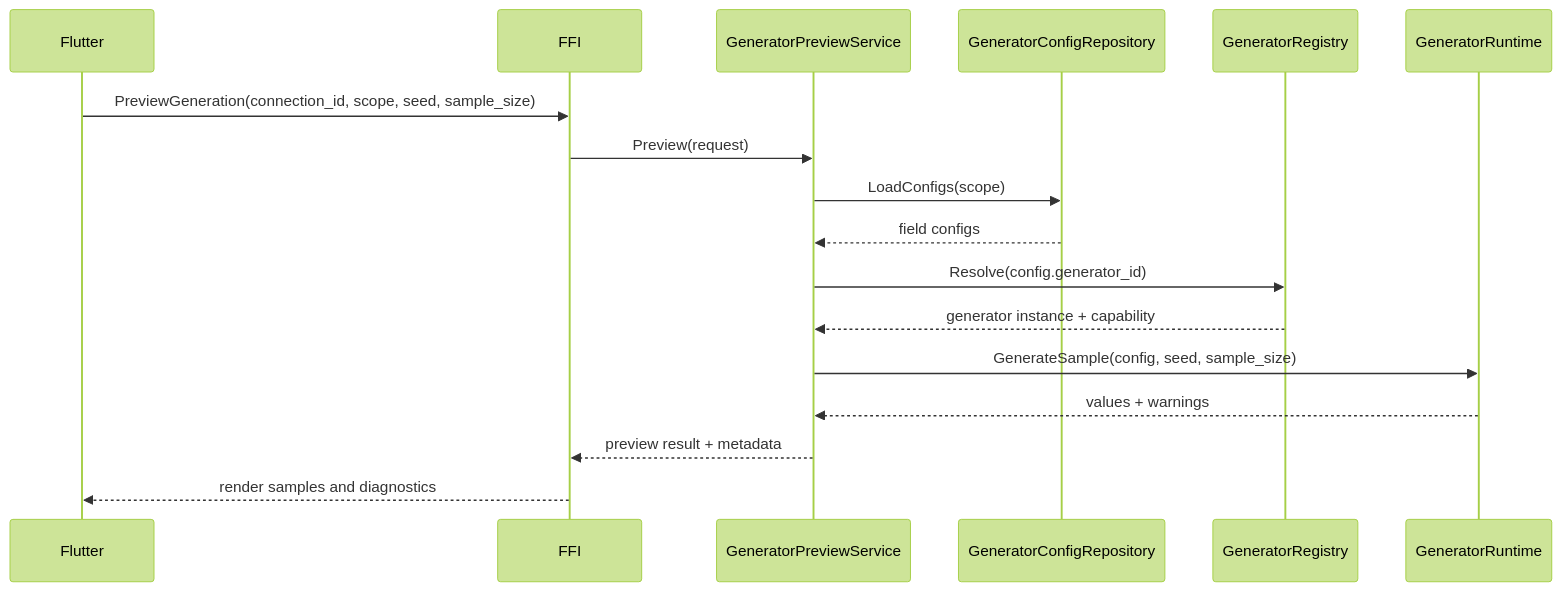
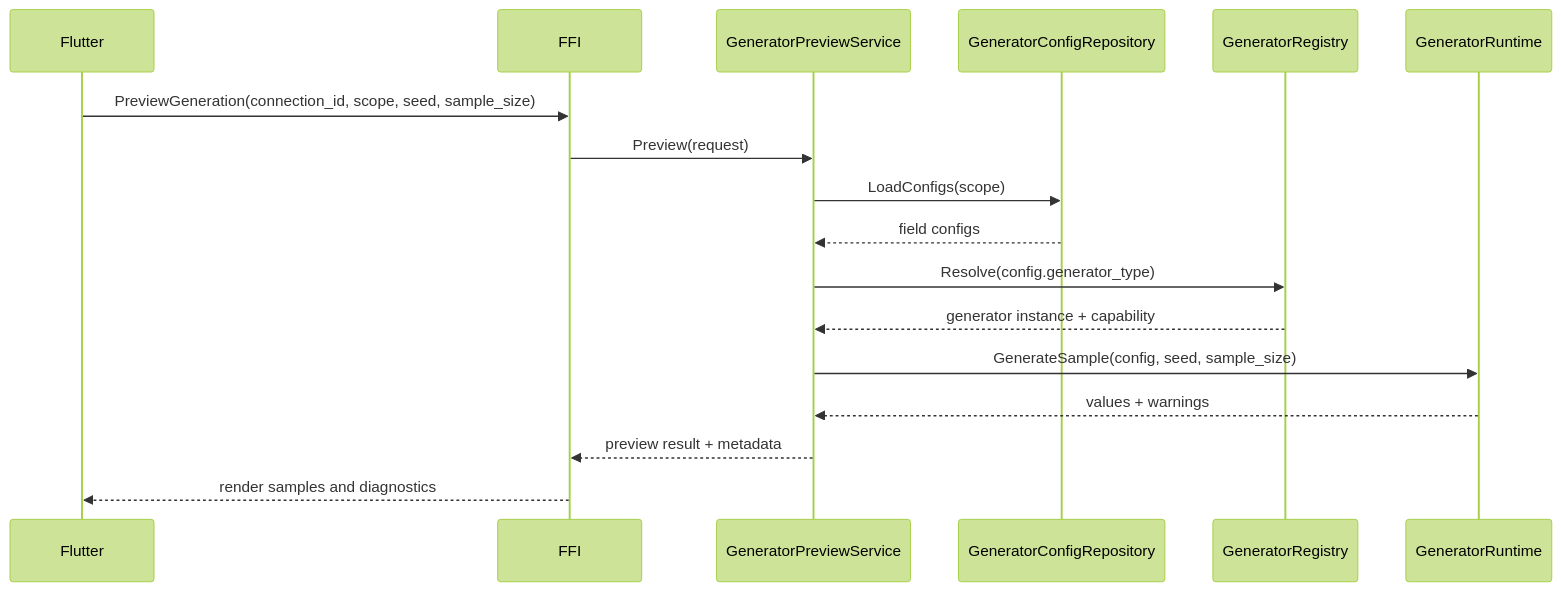
Before and after one commit to aierdong/loomidbx: the third of 4 diagrams in .kiro/specs/spec-03-generator-framework/design.md, drawn with Mermaid (forest theme). The commit also changed other lines of this file and 5 other files, not shown here.

First line of the commit message:
docs(spec): align spec-03 docs with schema sync recheck flow

````diff
--- a/.kiro/specs/spec-03-generator-framework/design.md
+++ b/.kiro/specs/spec-03-generator-framework/design.md
@@ -122,19 +122,19 @@
 ```mermaid
 sequenceDiagram
   participant UI as Flutter
   participant FFI as FFI
   participant Preview as GeneratorPreviewService
   participant Repo as GeneratorConfigRepository
   participant Registry as GeneratorRegistry
   participant Runtime as GeneratorRuntime
   UI->>FFI: PreviewGeneration(connection_id, scope, seed, sample_size)
   FFI->>Preview: Preview(request)
   Preview->>Repo: LoadConfigs(scope)
   Repo-->>Preview: field configs
-  Preview->>Registry: Resolve(config.generator_id)
+  Preview->>Registry: Resolve(config.generator_type)
   Registry-->>Preview: generator instance + capability
   Preview->>Runtime: GenerateSample(config, seed, sample_size)
   Runtime-->>Preview: values + warnings
   Preview-->>FFI: preview result + metadata
   FFI-->>UI: render samples and diagnostics
 ```
````
